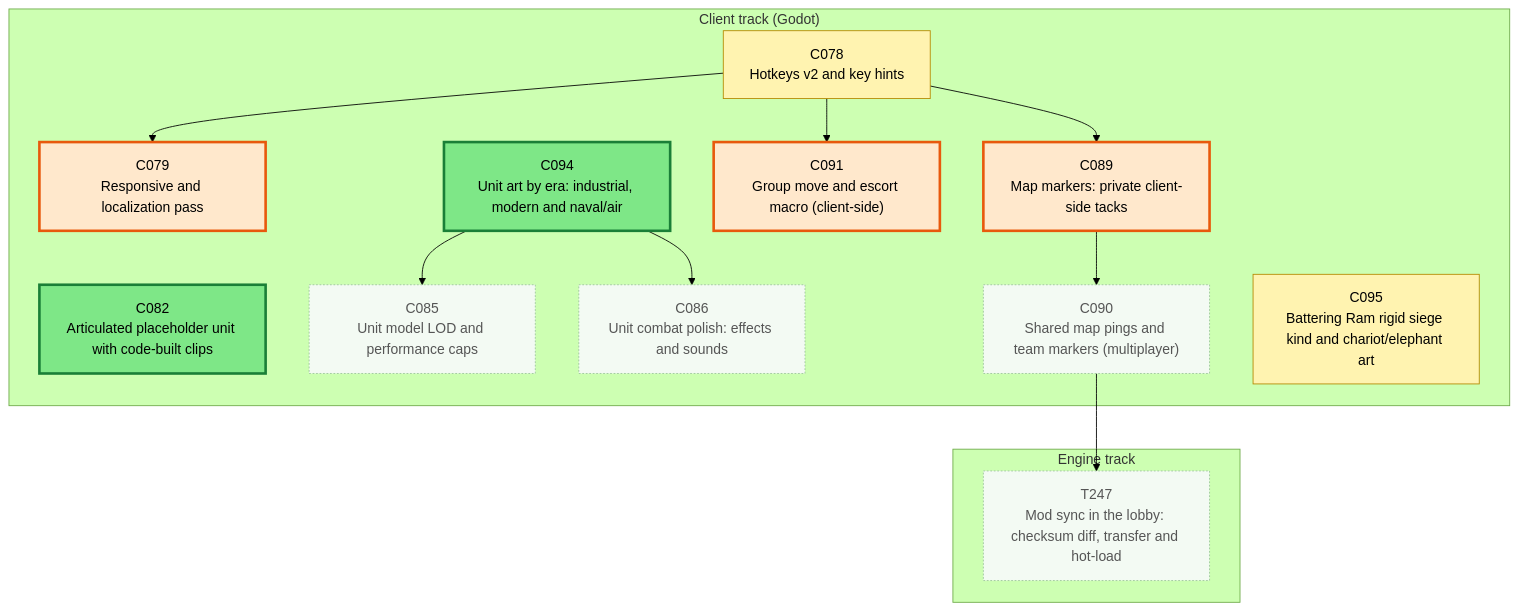
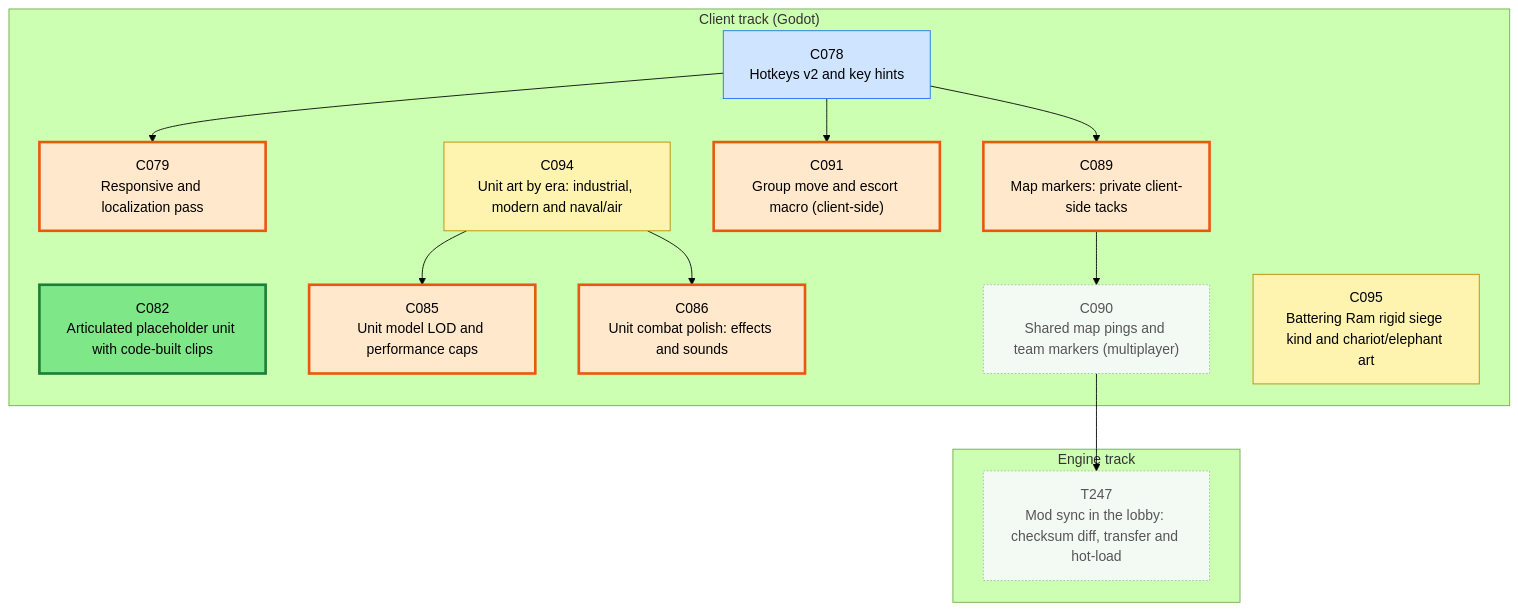
One commit to Kenmura/Unciv changed the first of 3 diagrams in csharp/migration/DEPENDENCY_MAP.md. Above: the diagram before and after it, drawn with Mermaid (forest theme). The commit also changed other lines of this file and 1 other file, not shown here.

````diff
--- a/csharp/migration/DEPENDENCY_MAP.md
+++ b/csharp/migration/DEPENDENCY_MAP.md
@@ -25,43 +25,43 @@
 ```mermaid
 flowchart TD
   subgraph TTRACK["Engine track"]
     T247["T247<br/>Mod sync in the lobby: checksum diff, transfer and hot-load"]
   end
   subgraph CTRACK["Client track (Godot)"]
     C078["C078<br/>Hotkeys v2 and key hints"]
     C079["C079<br/>Responsive and localization pass"]
     C082["C082<br/>Articulated placeholder unit with code-built clips"]
     C085["C085<br/>Unit model LOD and performance caps"]
     C086["C086<br/>Unit combat polish: effects and sounds"]
     C089["C089<br/>Map markers: private client-side tacks"]
     C090["C090<br/>Shared map pings and team markers (multiplayer)"]
     C091["C091<br/>Group move and escort macro (client-side)"]
     C094["C094<br/>Unit art by era: industrial, modern and naval/air"]
     C095["C095<br/>Battering Ram rigid siege kind and chariot/elephant art"]
   end
   C090 --> T247
   C078 --> C079
   C094 --> C085
   C094 --> C086
   C078 --> C089
   C089 --> C090
   C078 --> C091
   classDef waiting fill:#f3faf3,stroke:#9bc49b,color:#555,stroke-dasharray:2 2
   classDef ondeck fill:#ffe8cc,stroke:#e8590c,stroke-width:3px,color:#000
   classDef ready fill:#7ee787,stroke:#1a7f37,stroke-width:3px,color:#000
   classDef prog fill:#fff3b0,stroke:#b58900,color:#000
   classDef review fill:#cfe4ff,stroke:#1f6feb,color:#000
   classDef blocked fill:#ffd6d6,stroke:#c62828,color:#000
   classDef done fill:#eeeeee,stroke:#999999,color:#666,stroke-dasharray:4 3
-  class C078 prog
+  class C078 review
   class C079 ondeck
   class C082 ready
-  class C085 waiting
-  class C086 waiting
+  class C085 ondeck
+  class C086 ondeck
   class C089 ondeck
   class C090 waiting
   class C091 ondeck
-  class C094 ready
+  class C094 prog
   class C095 prog
   class T247 waiting
 ```
````
